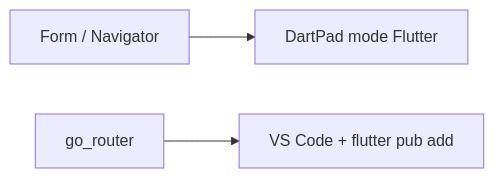
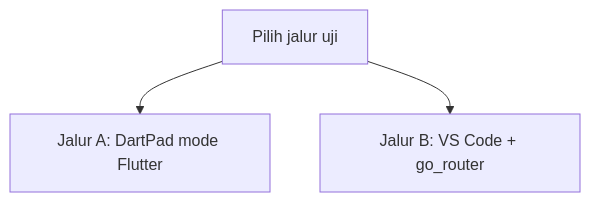
One commit to antonprafanto/mobile2026 changed the first of 3 diagrams in modul-03-interaksi/README.md. Above: the diagram before and after it, drawn with Mermaid. The commit also changed other lines of this file and 4 other files, not shown here.

Commit message:
Fix the Modul 03 navigation analogy so GitHub no longer shows a tall broken-looking diagram.

````diff
--- a/modul-03-interaksi/README.md
+++ b/modul-03-interaksi/README.md
@@ -18,5 +18,6 @@
 ```mermaid
-flowchart LR
-  A["Form / Navigator"] --> B["DartPad mode Flutter"]
-  C["go_router"] --> D["VS Code + flutter pub add"]
+flowchart TB
+  Pilih["Pilih jalur uji"]
+  Pilih --> A["Jalur A: DartPad mode Flutter"]
+  Pilih --> B["Jalur B: VS Code + go_router"]
 ```
````
